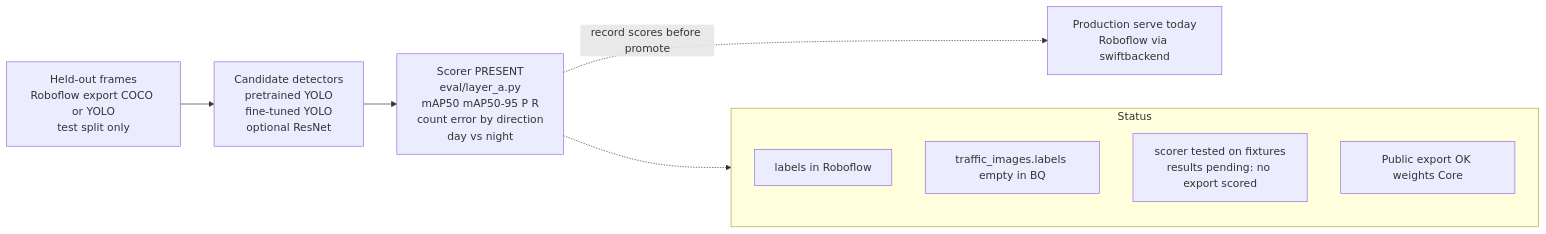
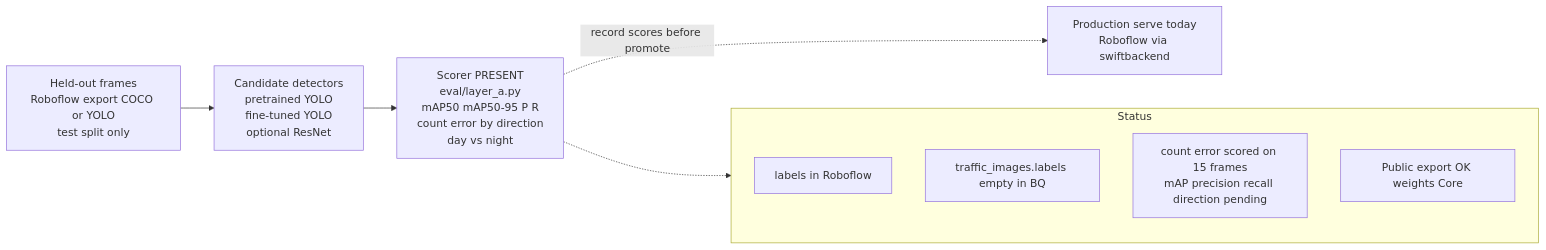
Before and after one commit to sozuken-max/swiftborder: the first of 2 diagrams in docs/evaluation.md, drawn with Mermaid. The commit also changed other lines of this file and 23 other files, not shown here.

````diff
--- a/docs/evaluation.md
+++ b/docs/evaluation.md
@@ -139,18 +164,18 @@
 ```mermaid
 flowchart LR
   EXP["Held-out frames<br/>Roboflow export COCO or YOLO<br/>test split only"]
   CAND["Candidate detectors<br/>pretrained YOLO<br/>fine-tuned YOLO<br/>optional ResNet"]
   HARNESS["Scorer PRESENT<br/>eval/layer_a.py<br/>mAP50 mAP50-95 P R<br/>count error by direction<br/>day vs night"]
   SERVE["Production serve today<br/>Roboflow via swiftbackend"]
   EXP --> CAND --> HARNESS
   HARNESS -.->|"record scores before promote"| SERVE
 
   subgraph STATUS["Status"]
     S1["labels in Roboflow"]
     S2["traffic_images.labels empty in BQ"]
-    S3["scorer tested on fixtures<br/>results pending: no export scored"]
+    S3["count error scored on 15 frames<br/>mAP precision recall direction pending"]
     S4["Public export OK weights Core"]
   end
 
   HARNESS -.-> STATUS
 ```
````
